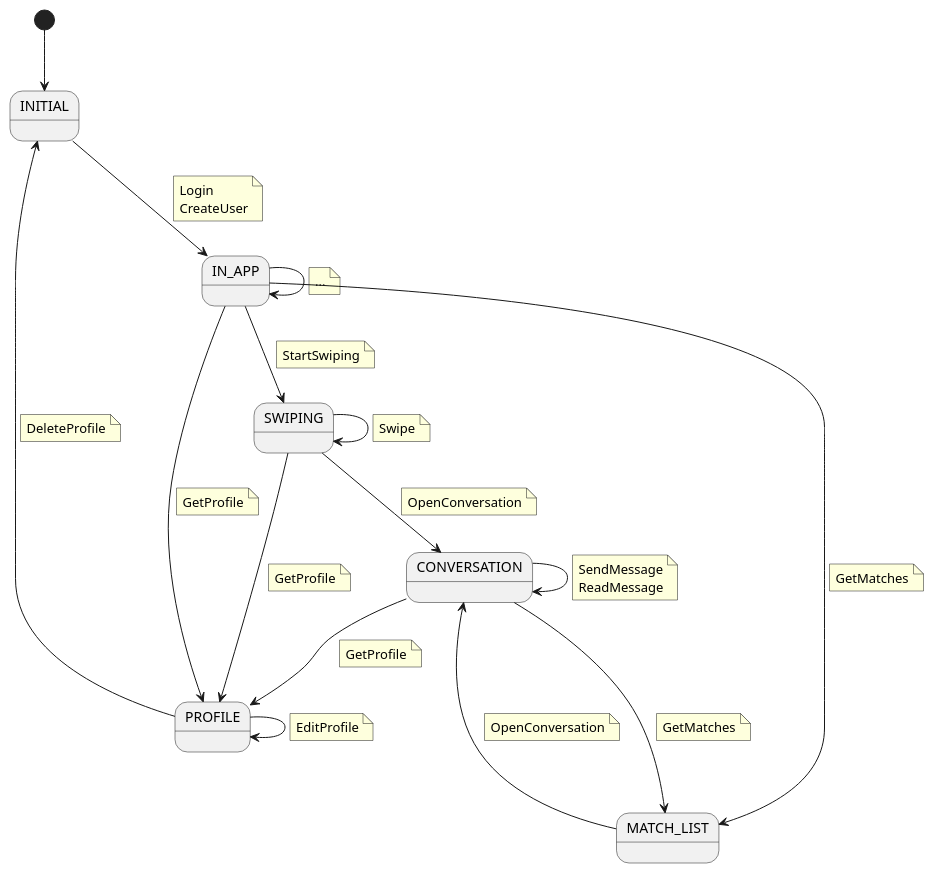
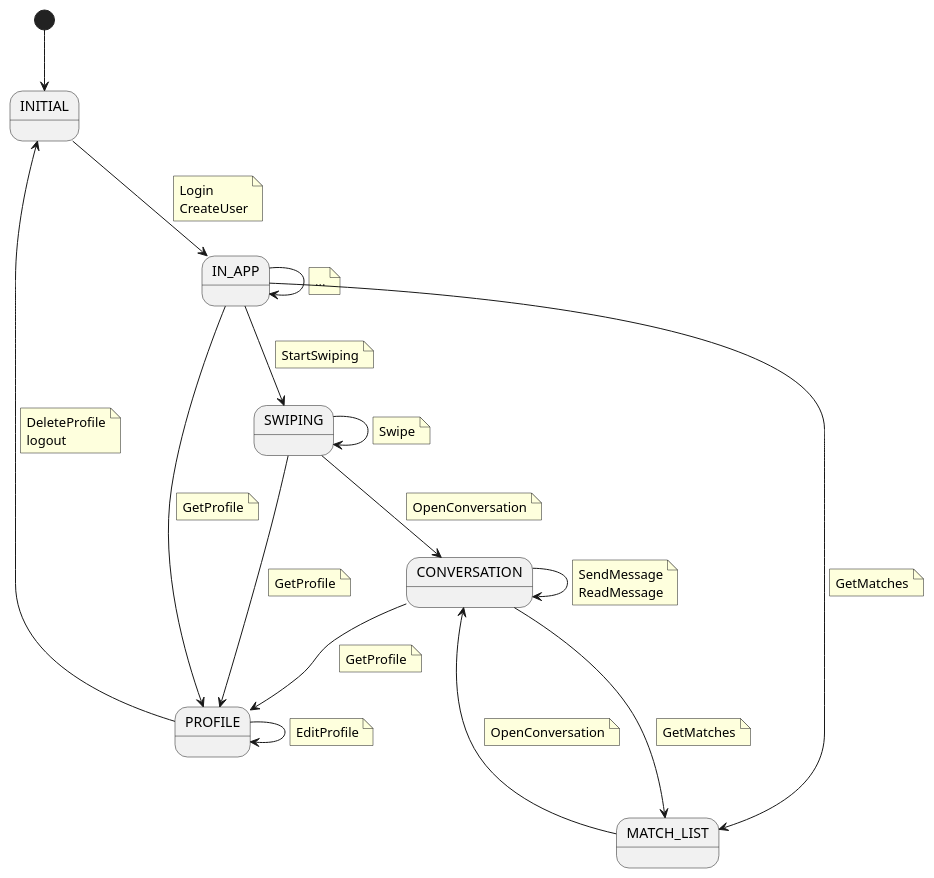
The diagram in docs/src/use-cases/tinder-context.puml (fraylopez/tinder), drawn with PlantUML before and after one commit.

Commit message:
chore: update contet diagram

```diff
--- a/docs/src/use-cases/tinder-context.puml
+++ b/docs/src/use-cases/tinder-context.puml
@@ -1,71 +1,72 @@
 @startuml
 
 state INITIAL
 state SWIPING
 state CONVERSATION
 state PROFILE
 state MATCH_LIST
 
 [*] --> INITIAL
 INITIAL --> IN_APP
 note on link
 Login
 CreateUser
 end note
 IN_APP --> SWIPING
 note on link
 StartSwiping
 endnote
 SWIPING --> SWIPING
 note on link
 Swipe
 endnote
 IN_APP --> IN_APP
 note on link
 ...
 end note
 IN_APP --> MATCH_LIST
 note on link
 GetMatches
 endnote
 MATCH_LIST --> CONVERSATION
 note on link
 OpenConversation
 endnote
 CONVERSATION ---> MATCH_LIST
 note on link
 GetMatches
 endnote
 CONVERSATION --> CONVERSATION
 note on link
 SendMessage
 ReadMessage
 end note
 IN_APP --> PROFILE
 note on link
 GetProfile
 end note
 PROFILE --> PROFILE
 note on link
 EditProfile
 end note
 PROFILE --> INITIAL
 note on link
 DeleteProfile
+logout
 end note
 
 CONVERSATION --> PROFILE
 note on link
 GetProfile
 end note
 SWIPING --> PROFILE
 note on link
 GetProfile
 end note
 SWIPING --> CONVERSATION
 note on link
 OpenConversation
 end note
 
 
 @enduml
```
